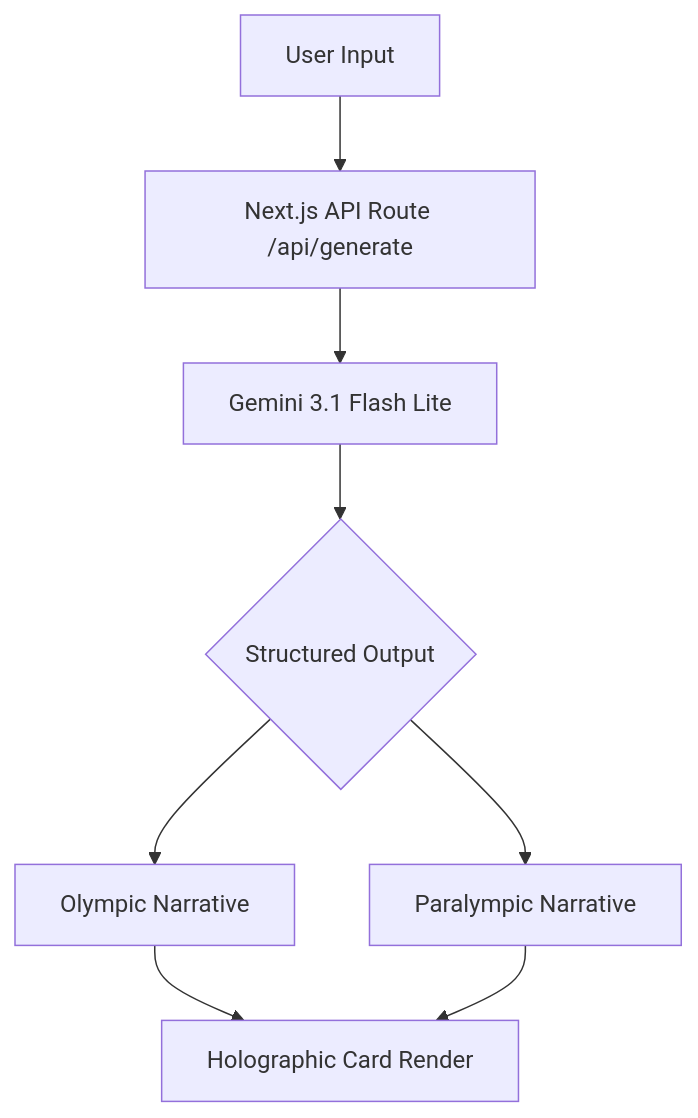
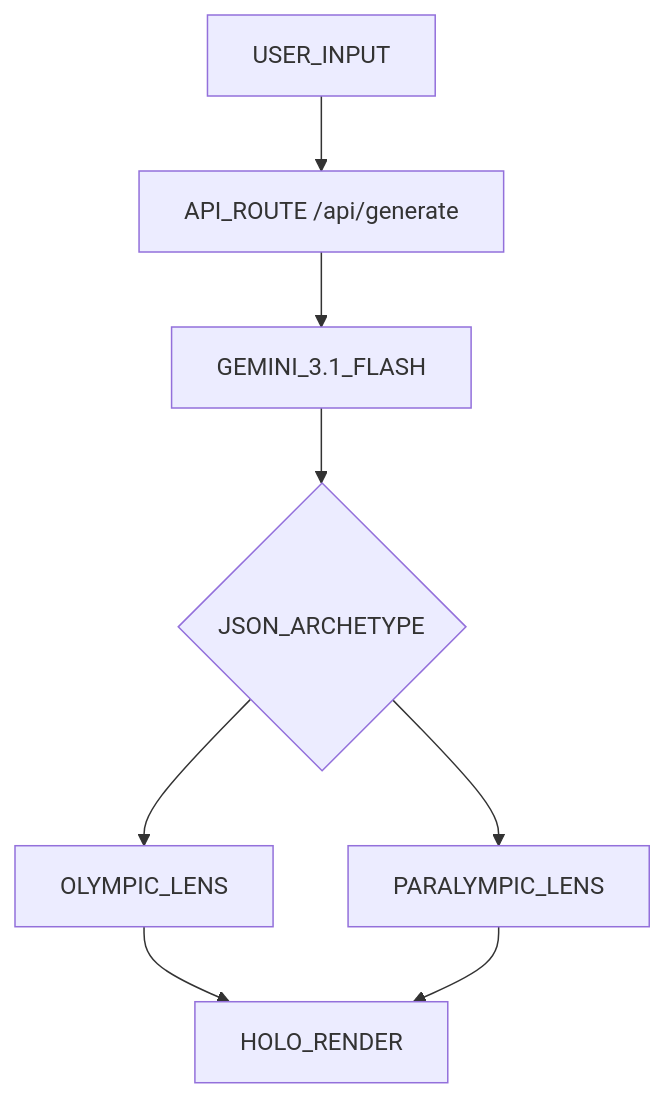
The diagram in README.md (jeffgreendesign/holo-type), drawn with Mermaid before and after one commit. The commit also changed other lines of this file, not shown here.

Commit message:
docs: update README with new project tagline, enhanced descriptions, and improved user instructions

````diff
--- a/README.md
+++ b/README.md
@@ -69,9 +107,9 @@
 ```mermaid
 graph TD
-    A[User Input] --> B[Next.js API Route /api/generate]
-    B --> C[Gemini 3.1 Flash Lite]
-    C --> D{Structured Output}
-    D --> E[Olympic Narrative]
-    D --> F[Paralympic Narrative]
-    E & F --> G[Holographic Card Render]
+    A[USER_INPUT] --> B[API_ROUTE /api/generate]
+    B --> C[GEMINI_3.1_FLASH]
+    C --> D{JSON_ARCHETYPE}
+    D --> E[OLYMPIC_LENS]
+    D --> F[PARALYMPIC_LENS]
+    E & F --> G[HOLO_RENDER]
 ```
````
